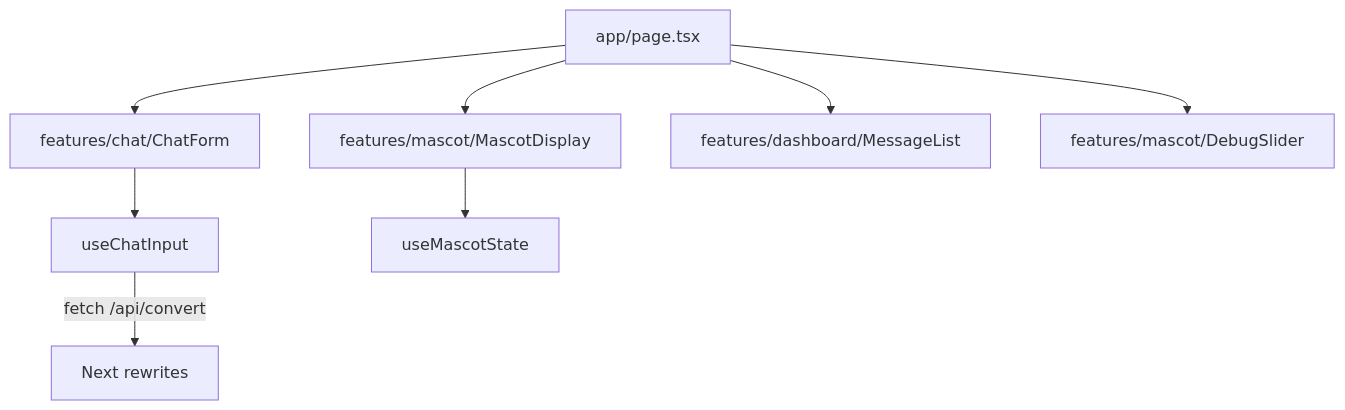
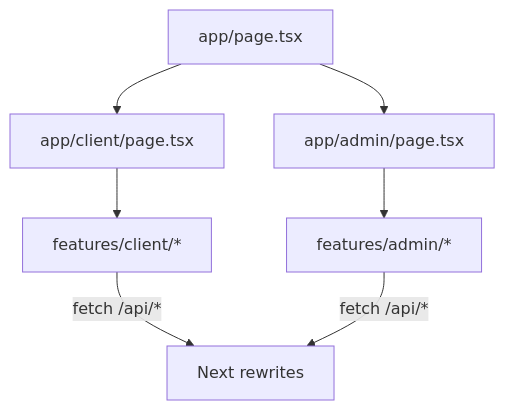
Before and after one commit to Uzy03/Hackathon_2026-3-7: the fourth of 5 diagrams in _docs/実装状況.md, drawn with Mermaid. The commit also changed other lines of this file and 24 other files, not shown here.

````diff
--- a/_docs/実装状況.md
+++ b/_docs/実装状況.md
@@ -132,10 +175,9 @@
 ```mermaid
 flowchart TB
-  Page[app/page.tsx] --> Chat[features/chat/ChatForm]
-  Page --> Mascot[features/mascot/MascotDisplay]
-  Page --> List[features/dashboard/MessageList]
-  Page --> Debug[features/mascot/DebugSlider]
-  Chat --> Hook[useChatInput]
-  Mascot --> MHook[useMascotState]
-  Hook -->|fetch /api/convert| APIProxy[Next rewrites]
+  Root[app/page.tsx] --> Client[app/client/page.tsx]
+  Root --> Admin[app/admin/page.tsx]
+  Client --> ClientUI[features/client/*]
+  Admin --> AdminUI[features/admin/*]
+  ClientUI -->|fetch /api/*| APIProxy[Next rewrites]
+  AdminUI -->|fetch /api/*| APIProxy
 ```
````
